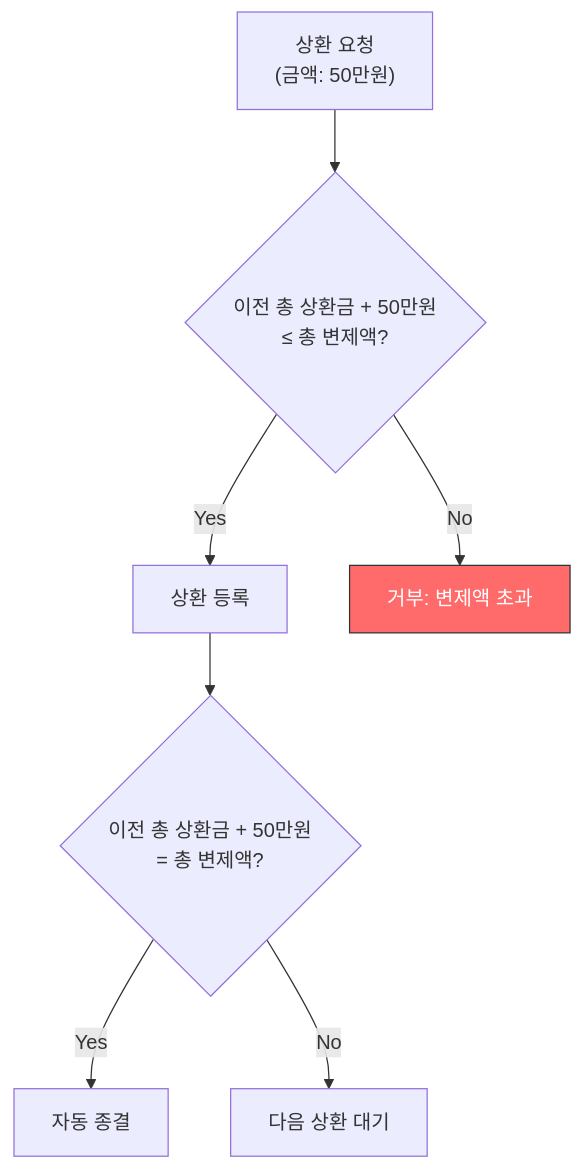
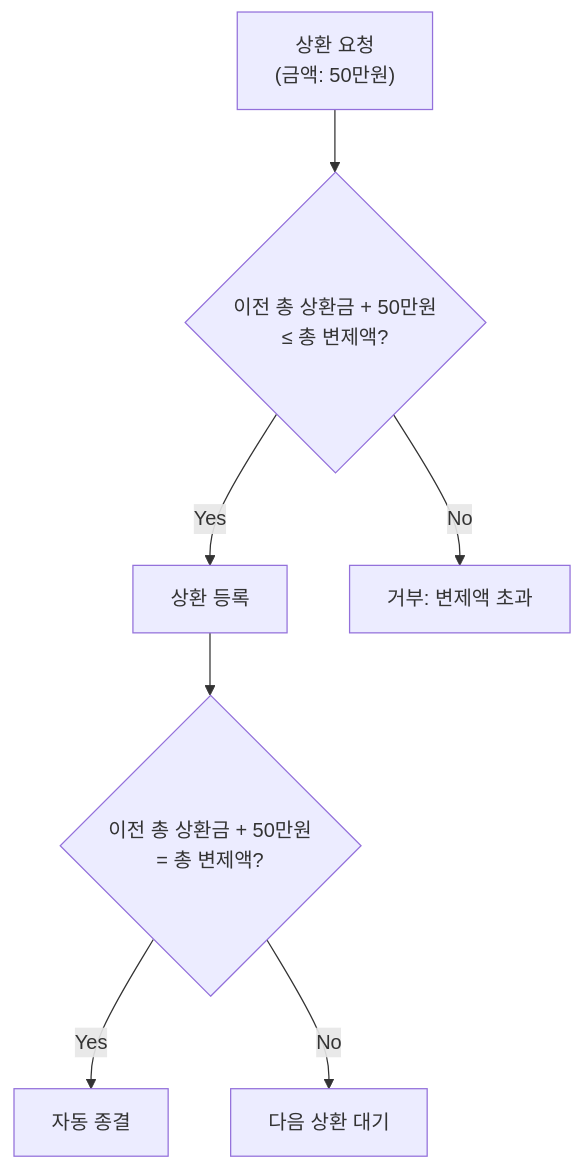
Before and after one commit to Gyubster/til: the fifth of 5 diagrams in _posts/2025-08-11-운영팀-자율화를-위한-워크플로우-재설계-상태-머신-패턴.md, drawn with Mermaid. The commit also changed other lines of this file and 13 other files, not shown here.

Commit message:
Mermaid 렌더링 수정: subgraph style 명령 제거

````diff
--- a/_posts/2025-08-11-운영팀-자율화를-위한-워크플로우-재설계-상태-머신-패턴.md
+++ b/_posts/2025-08-11-운영팀-자율화를-위한-워크플로우-재설계-상태-머신-패턴.md
@@ -124,10 +122,9 @@
 ```mermaid
 flowchart TD
     A["상환 요청<br>(금액: 50만원)"] --> B{"이전 총 상환금 + 50만원<br>≤ 총 변제액?"}
     B -->|Yes| C["상환 등록"]
     C --> D{"이전 총 상환금 + 50만원<br>= 총 변제액?"}
     D -->|Yes| E["자동 종결"]
     D -->|No| F["다음 상환 대기"]
     B -->|No| G["거부: 변제액 초과"]
-    style G fill:#ff6b6b,stroke:#333,color:#fff
 ```
````
